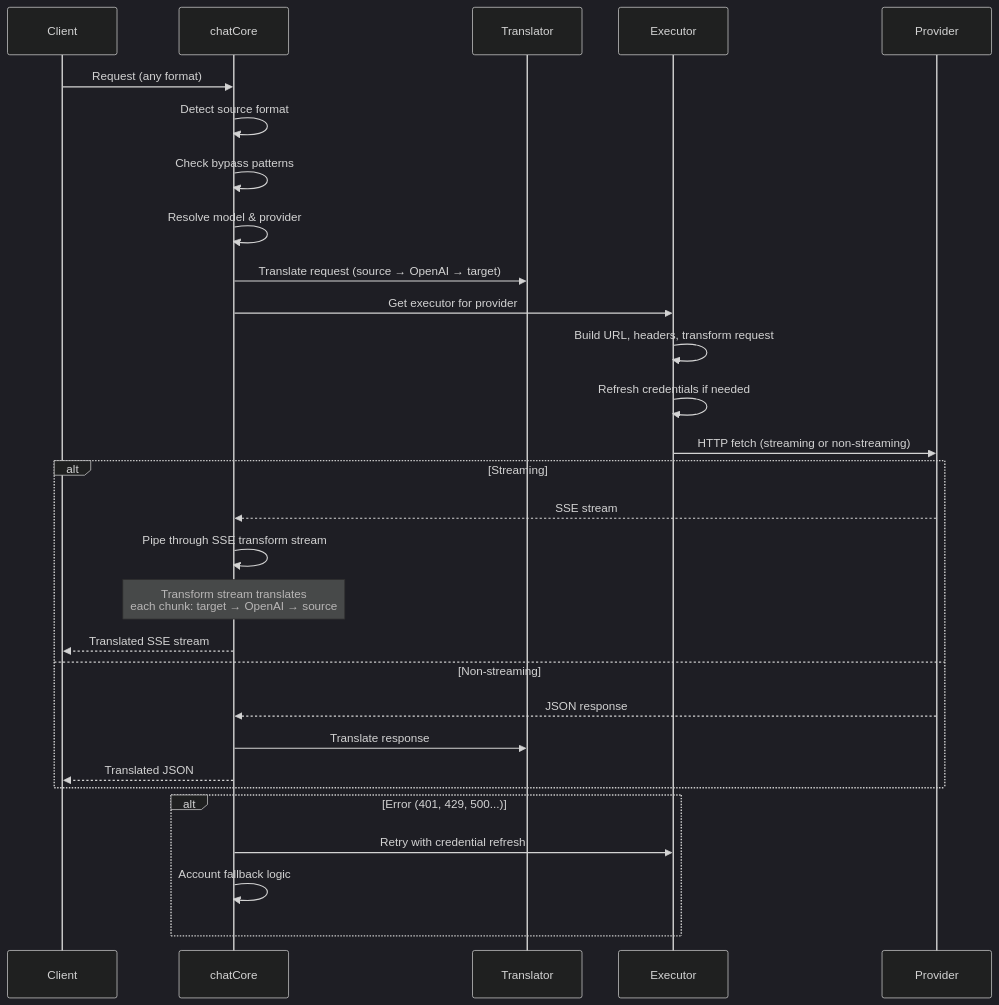
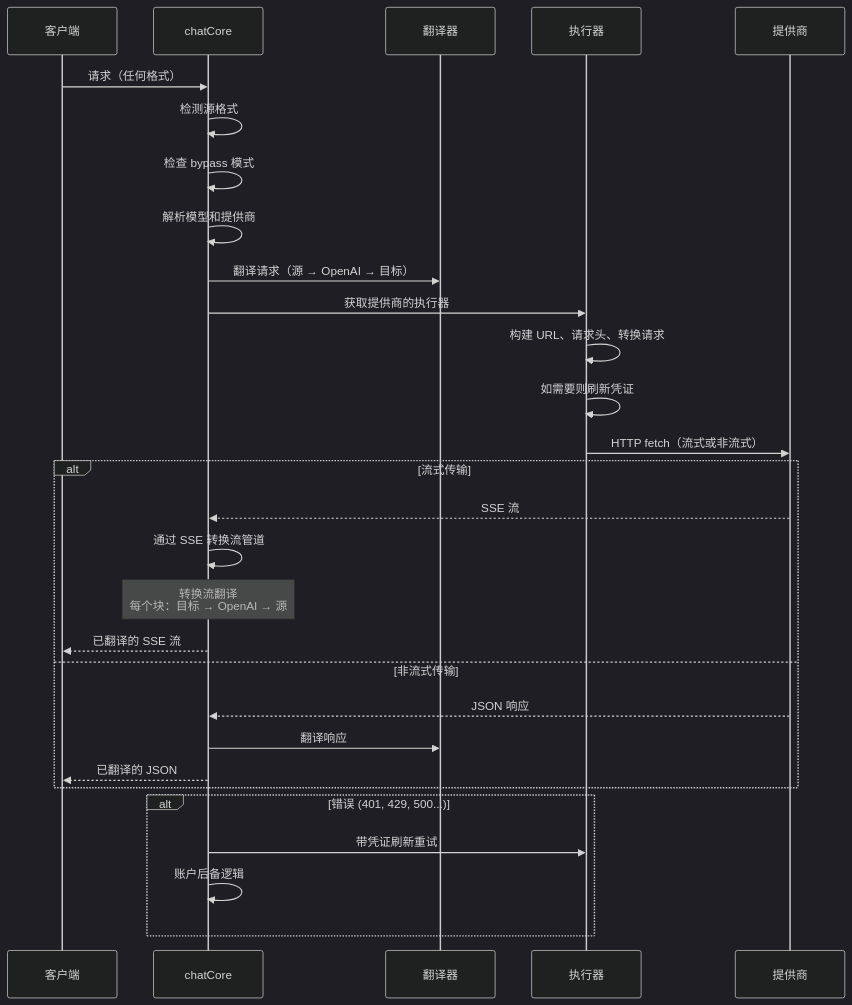
The fourth of 12 diagrams in apps/omniroute/docs/i18n/zh-CN/CODEBASE_DOCUMENTATION.md (innotelinc/jesus), drawn with Mermaid (dark theme) before and after one commit. The commit also changed other lines of this file and 14 other files, not shown here.

````diff
--- a/apps/omniroute/docs/i18n/zh-CN/CODEBASE_DOCUMENTATION.md
+++ b/apps/omniroute/docs/i18n/zh-CN/CODEBASE_DOCUMENTATION.md
@@ -228,34 +224,34 @@
 ```mermaid
 sequenceDiagram
-    participant Client
+    participant Client as 客户端
     participant chatCore
-    participant Translator
-    participant Executor
-    participant Provider
+    participant Translator as 翻译器
+    participant Executor as 执行器
+    participant Provider as 提供商
 
-    Client->>chatCore: Request (any format)
-    chatCore->>chatCore: Detect source format
-    chatCore->>chatCore: Check bypass patterns
-    chatCore->>chatCore: Resolve model & provider
-    chatCore->>Translator: Translate request (source → OpenAI → target)
-    chatCore->>Executor: Get executor for provider
-    Executor->>Executor: Build URL, headers, transform request
-    Executor->>Executor: Refresh credentials if needed
-    Executor->>Provider: HTTP fetch (streaming or non-streaming)
+    Client->>chatCore: 请求（任何格式）
+    chatCore->>chatCore: 检测源格式
+    chatCore->>chatCore: 检查 bypass 模式
+    chatCore->>chatCore: 解析模型和提供商
+    chatCore->>Translator: 翻译请求（源 → OpenAI → 目标）
+    chatCore->>Executor: 获取提供商的执行器
+    Executor->>Executor: 构建 URL、请求头、转换请求
+    Executor->>Executor: 如需要则刷新凭证
+    Executor->>Provider: HTTP fetch（流式或非流式）
 
-    alt Streaming
-        Provider-->>chatCore: SSE stream
-        chatCore->>chatCore: Pipe through SSE transform stream
-        Note over chatCore: Transform stream translates<br/>each chunk: target → OpenAI → source
-        chatCore-->>Client: Translated SSE stream
-    else Non-streaming
-        Provider-->>chatCore: JSON response
-        chatCore->>Translator: Translate response
-        chatCore-->>Client: Translated JSON
+    alt 流式传输
+        Provider-->>chatCore: SSE 流
+        chatCore->>chatCore: 通过 SSE 转换流管道
+        Note over chatCore: 转换流翻译<br/>每个块：目标 → OpenAI → 源
+        chatCore-->>Client: 已翻译的 SSE 流
+    else 非流式传输
+        Provider-->>chatCore: JSON 响应
+        chatCore->>Translator: 翻译响应
+        chatCore-->>Client: 已翻译的 JSON
     end
 
-    alt Error (401, 429, 500...)
-        chatCore->>Executor: Retry with credential refresh
-        chatCore->>chatCore: Account fallback logic
+    alt 错误 (401, 429, 500...)
+        chatCore->>Executor: 带凭证刷新重试
+        chatCore->>chatCore: 账户后备逻辑
     end
 ```
````
